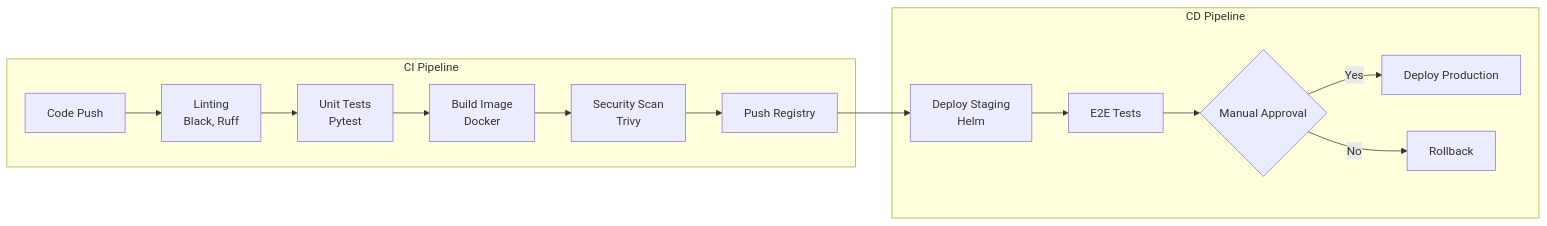
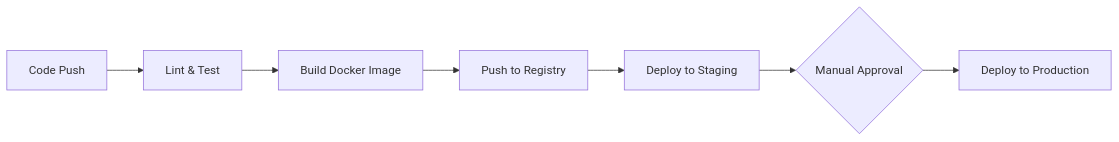
Before and after one commit to Zenobia000/openagent_backend: the seventh of 7 diagrams in Architecture_Refactoring_Toolkit/project_docs/06_architecture_and_design_document.md, drawn with Mermaid. The commit also changed other lines of this file and 5 other files, not shown here.

````diff
--- a/Architecture_Refactoring_Toolkit/project_docs/06_architecture_and_design_document.md
+++ b/Architecture_Refactoring_Toolkit/project_docs/06_architecture_and_design_document.md
@@ -590,18 +330,9 @@
-```mermaid
-graph LR
-    subgraph "CI Pipeline"
-        Code[Code Push] --> Lint[Linting<br/>Black, Ruff]
-        Lint --> Test[Unit Tests<br/>Pytest]
-        Test --> Build[Build Image<br/>Docker]
-        Build --> Scan[Security Scan<br/>Trivy]
-        Scan --> Push[Push Registry]
-    end
-
-    subgraph "CD Pipeline"
-        Push --> Deploy[Deploy Staging<br/>Helm]
-        Deploy --> E2E[E2E Tests]
-        E2E --> Approve{Manual Approval}
-        Approve -->|Yes| Prod[Deploy Production]
-        Approve -->|No| Rollback[Rollback]
-    end
-```
+    ```mermaid
+    graph LR
+        A[Code Push] --> B[Lint & Test];
+        B --> C[Build Docker Image];
+        C --> D[Push to Registry];
+        D --> E[Deploy to Staging];
+        E --> F{Manual Approval};
+        F --> G[Deploy to Production];
+    ```
````
